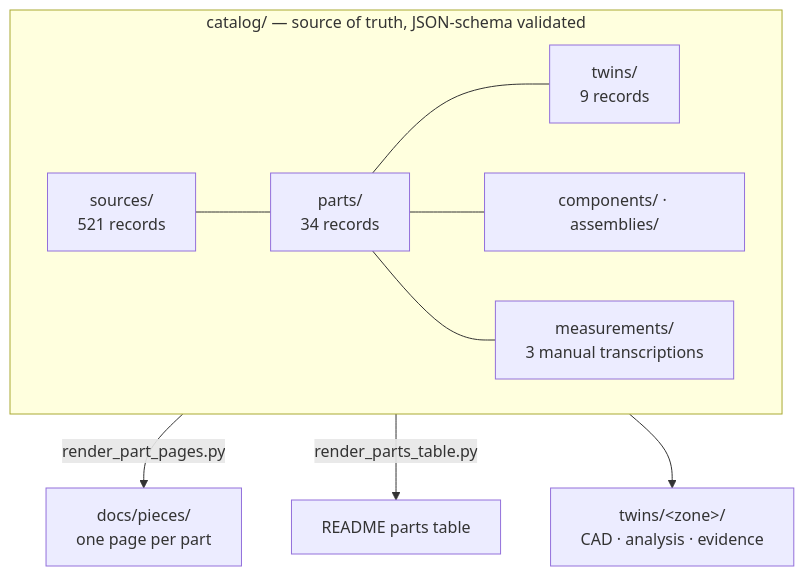
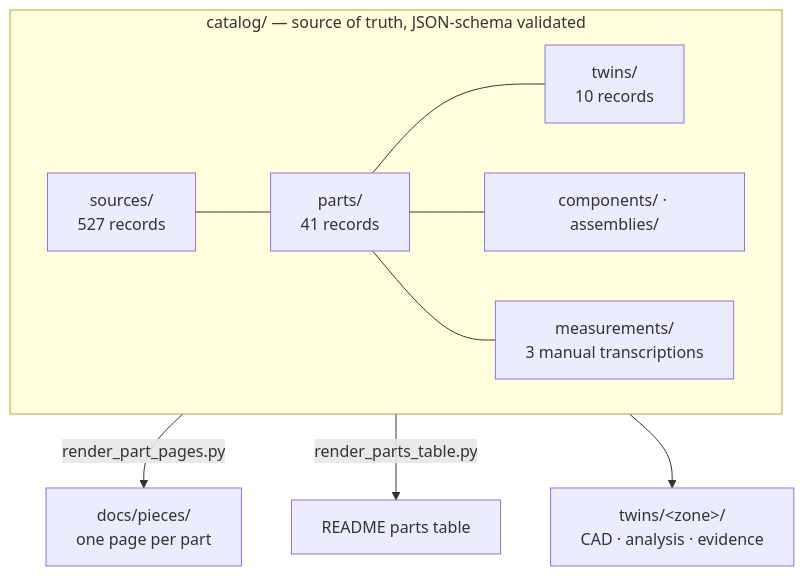
One commit to cluster2600/porscheparts changed the fourth of 4 diagrams in README.md. Above: the diagram before and after it, drawn with Mermaid. The commit also changed other lines of this file and 2 other files, not shown here.

````diff
--- a/README.md
+++ b/README.md
@@ -387,13 +436,13 @@
 ```mermaid
 flowchart TB
     subgraph catalog["catalog/ — source of truth, JSON-schema validated"]
       direction LR
-      src["sources/<br/>521 records"] --- prt["parts/<br/>34 records"]
-      prt --- tw["twins/<br/>9 records"]
+      src["sources/<br/>527 records"] --- prt["parts/<br/>41 records"]
+      prt --- tw["twins/<br/>10 records"]
       prt --- cmp["components/ · assemblies/"]
       prt --- mea["measurements/<br/>3 manual transcriptions"]
     end
     prt -- "render_part_pages.py" --> pages["docs/pieces/<br/>one page per part"]
     prt -- "render_parts_table.py" --> table["README parts table"]
     tw --> twins["twins/&lt;zone&gt;/<br/>CAD · analysis · evidence"]
 ```
````
